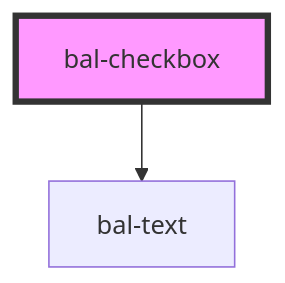
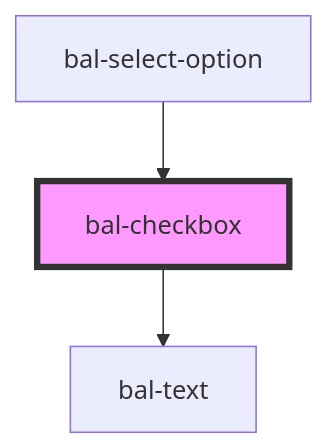
One commit to baloise/ui-library-next changed the diagram in packages/library/src/components/bal-checkbox/readme.md. Above: the diagram before and after it, drawn with Mermaid. The commit also changed other lines of this file and 19 other files, not shown here.

````diff
--- a/packages/library/src/components/bal-checkbox/readme.md
+++ b/packages/library/src/components/bal-checkbox/readme.md
@@ -51,5 +56,6 @@
 ```mermaid
 graph TD;
   bal-checkbox --> bal-text
+  bal-select-option --> bal-checkbox
   style bal-checkbox fill:#f9f,stroke:#333,stroke-width:4px
 ```
````
